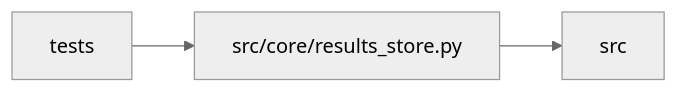
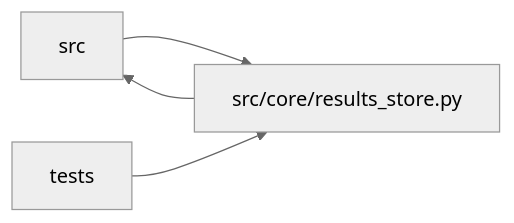
The diagram in docs/llm_wiki/modules/results_store.md (Denissvgn/autoresearch-agent), drawn with Mermaid (neutral theme) before and after one commit. The commit also changed other lines of this file and 1033 other files, not shown here.

````diff
--- a/docs/llm_wiki/modules/results_store.md
+++ b/docs/llm_wiki/modules/results_store.md
@@ -37,9 +37,10 @@
 ```mermaid
 flowchart LR
     n0["src"]
     n1["src/core/results_store.py"]
     n2["tests"]
+    n0 --> n1
     n1 --> n0
     n2 --> n1
     click n1 "../modules/results_store.md"
 ```
````
